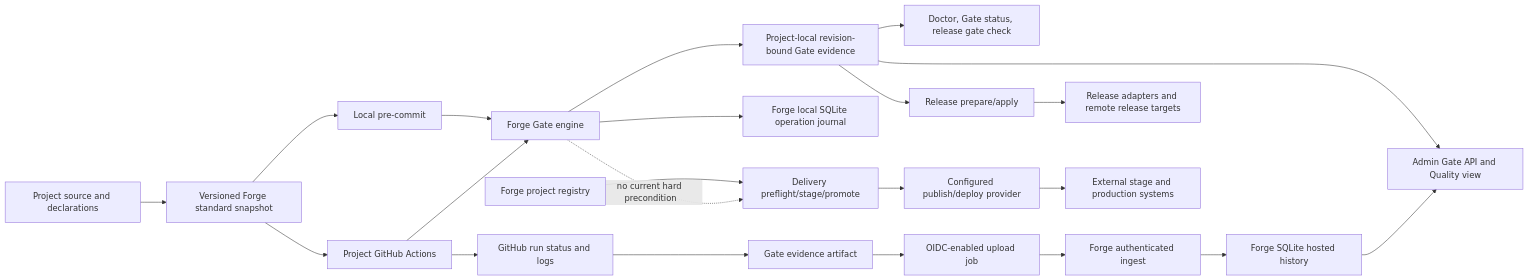
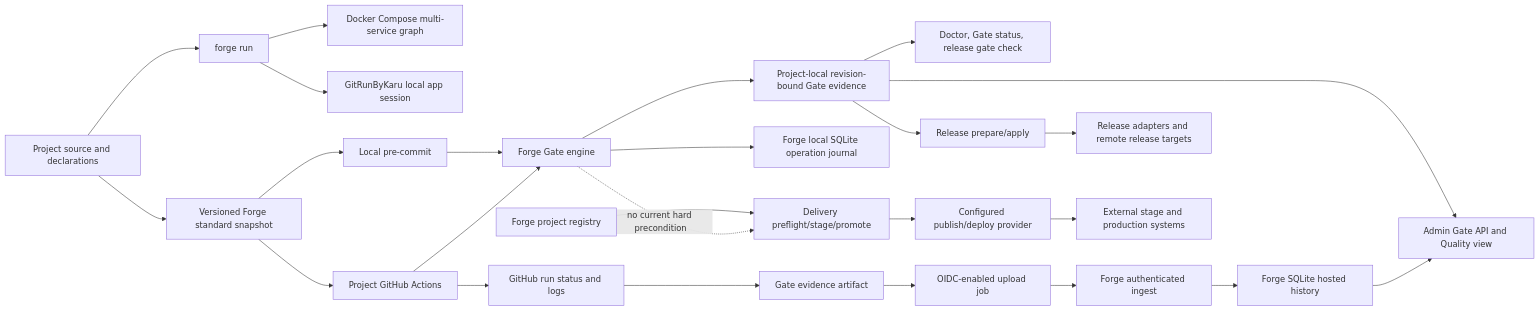
Before and after one commit to lileililiwen/forge: the first of 4 diagrams in docs/ci-cd-system-model.md, drawn with Mermaid. The commit also changed other lines of this file and 23 other files, not shown here.

````diff
--- a/docs/ci-cd-system-model.md
+++ b/docs/ci-cd-system-model.md
@@ -21,24 +23,27 @@
 ```mermaid
 flowchart LR
   P[Project source and declarations] --> S[Versioned Forge standard snapshot]
+  P --> RUN[forge run]
+  RUN --> CMP[Docker Compose multi-service graph]
+  RUN --> GRBK[GitRunByKaru local app session]
   S --> H[Local pre-commit]
   S --> GHA[Project GitHub Actions]
   H --> GE[Forge Gate engine]
   GHA --> GE
   GE --> E[Project-local revision-bound Gate evidence]
   GE --> J[Forge local SQLite operation journal]
   E --> D[Doctor, Gate status, release gate check]
   E --> W[Admin Gate API and Quality view]
   GHA --> GH[GitHub run status and logs]
   GH --> ART[Gate evidence artifact]
   ART --> UP[OIDC-enabled upload job]
   UP --> ING[Forge authenticated ingest]
   ING --> HC[Forge SQLite hosted history]
   HC --> W
   E --> R[Release prepare/apply]
   R --> RP[Release adapters and remote release targets]
   REG[Forge project registry] --> DL[Delivery preflight/stage/promote]
   DL --> DP[Configured publish/deploy provider]
   DP --> EXT[External stage and production systems]
   GE -. no current hard precondition .-> DL
 ```
````
